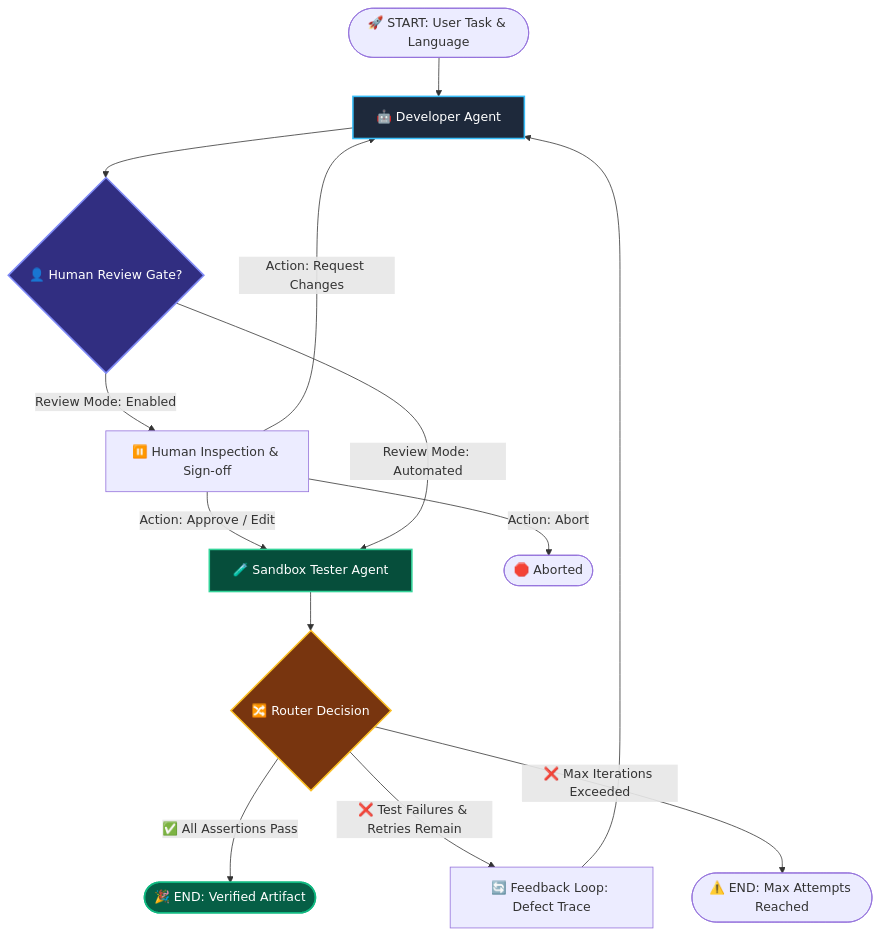
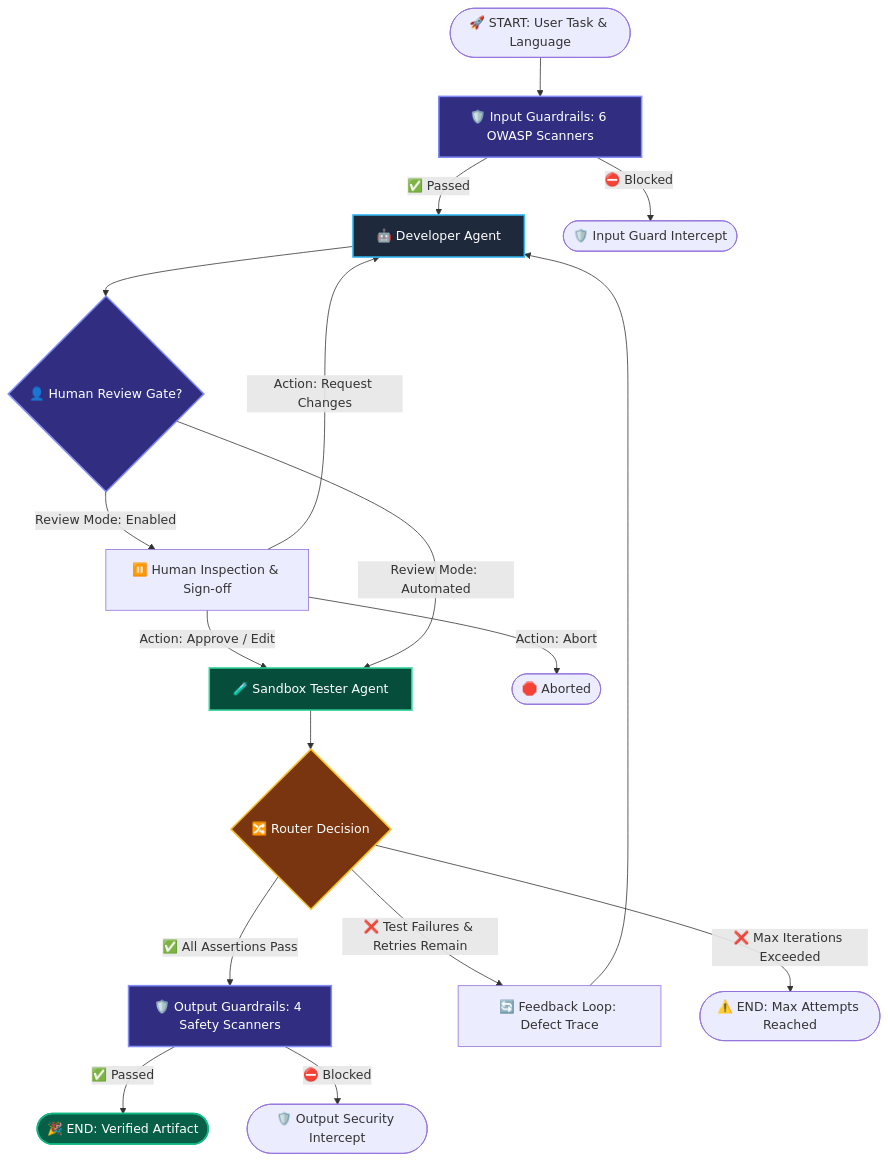
Before and after one commit to Sathvik1533/LangGraph_deployment: the diagram in README.md, drawn with Mermaid. The commit also changed other lines of this file and 1 other file, not shown here.

Commit message:
docs: sync README with current guardrails implementation (6 input scanners, output guard stage)

````diff
--- a/README.md
+++ b/README.md
@@ -38,24 +38,32 @@
 ```mermaid
 graph TD
-    START([🚀 START: User Task & Language]) --> DEV[🤖 Developer Agent]
+    START([🚀 START: User Task & Language]) --> IN_GUARD[🛡️ Input Guardrails: 6 OWASP Scanners]
+    IN_GUARD -->|✅ Passed| DEV[🤖 Developer Agent]
+    IN_GUARD -->|⛔ Blocked| IN_FAIL([🛡️ Input Guard Intercept])
+    
     DEV --> HITL{👤 Human Review Gate?}
     
     HITL -->|Review Mode: Enabled| MODAL[⏸️ Human Inspection & Sign-off]
     MODAL -->|Action: Approve / Edit| TEST[🧪 Sandbox Tester Agent]
     MODAL -->|Action: Request Changes| DEV
     MODAL -->|Action: Abort| ABORT([🛑 Aborted])
     
     HITL -->|Review Mode: Automated| TEST
     
     TEST --> ROUTE{🔀 Router Decision}
-    ROUTE -->|✅ All Assertions Pass| END_NODE([🎉 END: Verified Artifact])
+    ROUTE -->|✅ All Assertions Pass| OUT_GUARD[🛡️ Output Guardrails: 4 Safety Scanners]
     ROUTE -->|❌ Test Failures & Retries Remain| RETRY_DEV[🔄 Feedback Loop: Defect Trace]
     RETRY_DEV --> DEV
     ROUTE -->|❌ Max Iterations Exceeded| END_FAIL([⚠️ END: Max Attempts Reached])
 
+    OUT_GUARD -->|✅ Passed| END_NODE([🎉 END: Verified Artifact])
+    OUT_GUARD -->|⛔ Blocked| OUT_FAIL([🛡️ Output Security Intercept])
+
+    style IN_GUARD fill:#312e81,stroke:#818cf8,stroke-width:2px,color:#fff
     style DEV fill:#1e293b,stroke:#38bdf8,stroke-width:2px,color:#fff
     style HITL fill:#312e81,stroke:#818cf8,stroke-width:2px,color:#fff
     style TEST fill:#064e3b,stroke:#34d399,stroke-width:2px,color:#fff
     style ROUTE fill:#78350f,stroke:#fbbf24,stroke-width:2px,color:#fff
+    style OUT_GUARD fill:#312e81,stroke:#818cf8,stroke-width:2px,color:#fff
     style END_NODE fill:#065f46,stroke:#10b981,stroke-width:2px,color:#fff
 ```
````
